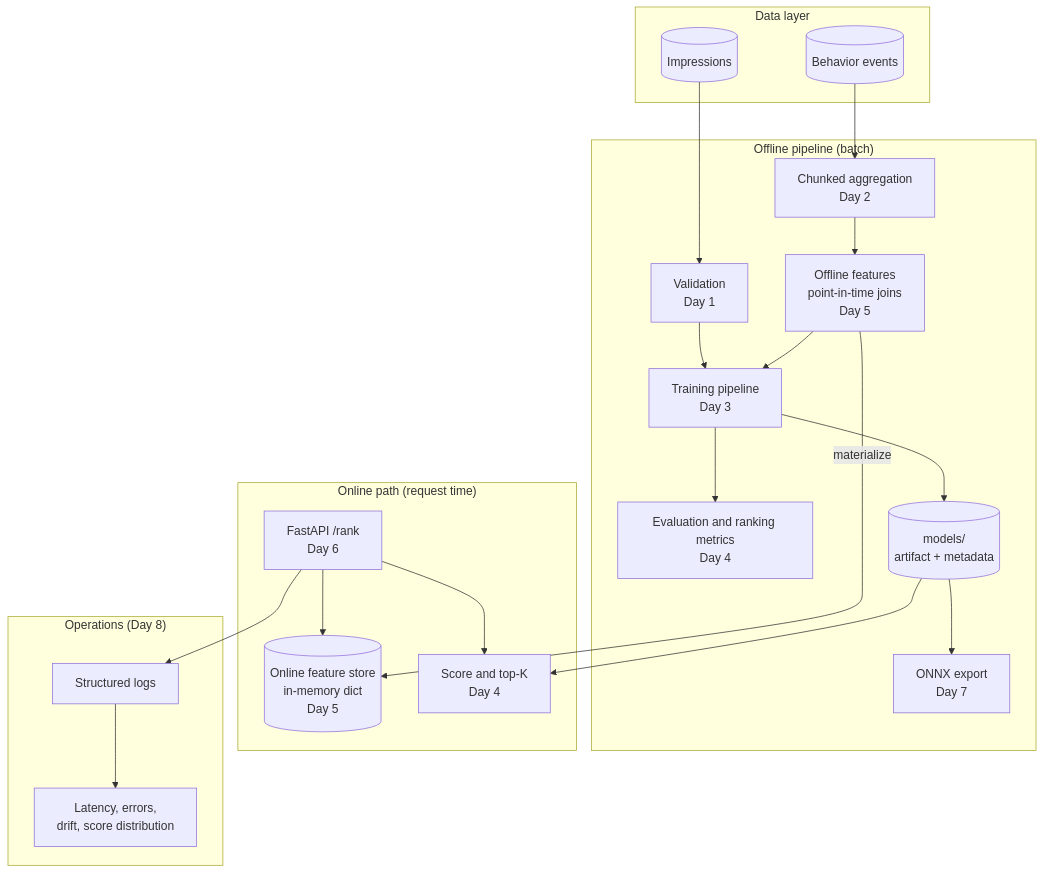
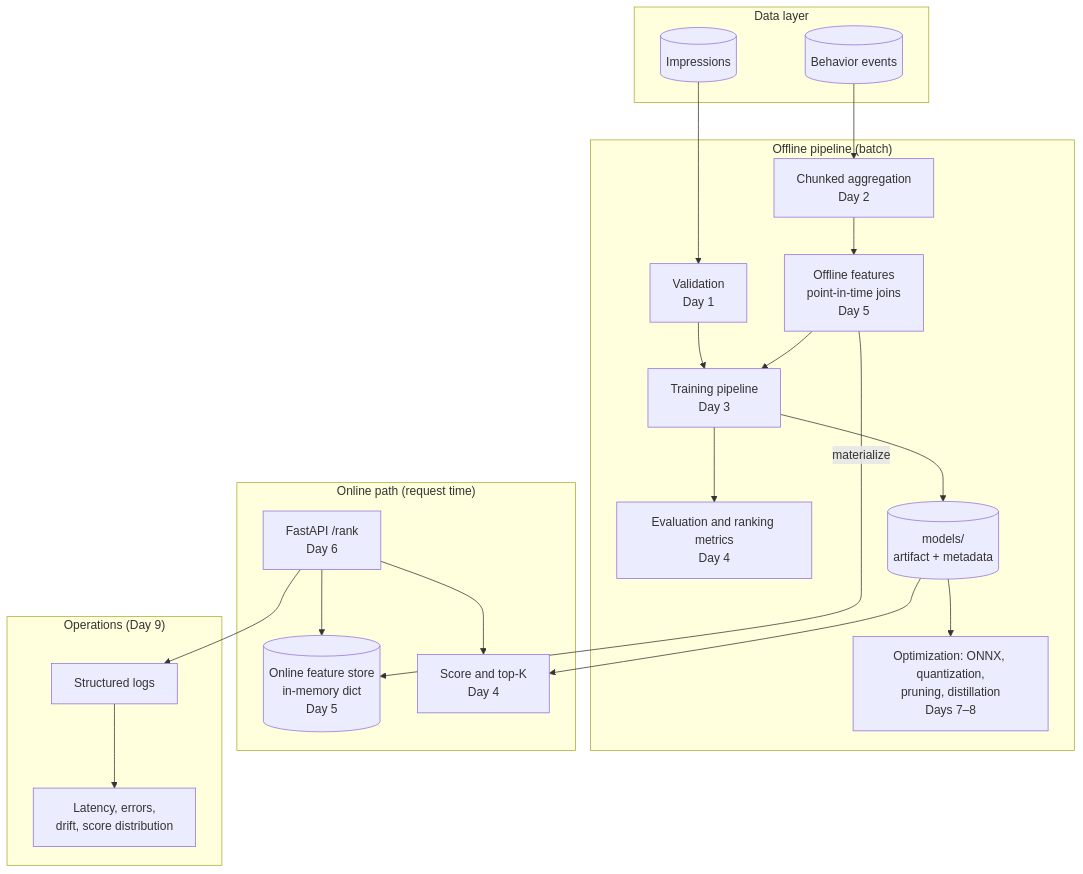
One commit to karanveersingh5623/adtech-mlops changed the second of 5 diagrams in docs/ARCHITECTURE.md. Above: the diagram before and after it, drawn with Mermaid. The commit also changed other lines of this file, not shown here.

First line of the commit message:
Add core ML system concepts to architecture docs

````diff
--- a/docs/ARCHITECTURE.md
+++ b/docs/ARCHITECTURE.md
@@ -30,38 +35,38 @@
 ```mermaid
 flowchart TB
     subgraph Data["Data layer"]
         IMP[("Impressions")]
         EVT[("Behavior events")]
     end
 
     subgraph Offline["Offline pipeline (batch)"]
         VAL["Validation<br/>Day 1"]
         STR["Chunked aggregation<br/>Day 2"]
         FOFF["Offline features<br/>point-in-time joins<br/>Day 5"]
         TRAIN["Training pipeline<br/>Day 3"]
         EVAL["Evaluation and ranking metrics<br/>Day 4"]
         REG[("models/<br/>artifact + metadata")]
-        ONNX["ONNX export<br/>Day 7"]
+        ONNX["Optimization: ONNX, quantization,<br/>pruning, distillation<br/>Days 7–8"]
     end
 
     subgraph Online["Online path (request time)"]
         API["FastAPI /rank<br/>Day 6"]
         FON[("Online feature store<br/>in-memory dict<br/>Day 5")]
         RANK["Score and top-K<br/>Day 4"]
     end
 
-    subgraph Ops["Operations (Day 8)"]
+    subgraph Ops["Operations (Day 9)"]
         LOG["Structured logs"]
         MON["Latency, errors,<br/>drift, score distribution"]
     end
 
     IMP --> VAL --> TRAIN
     EVT --> STR --> FOFF --> TRAIN
     FOFF -- materialize --> FON
     TRAIN --> EVAL
     TRAIN --> REG --> ONNX
     REG --> RANK
     API --> FON
     API --> RANK
     API --> LOG --> MON
 ```
````
